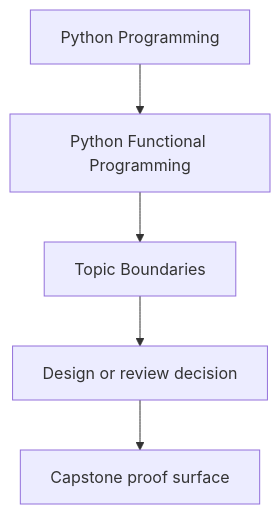
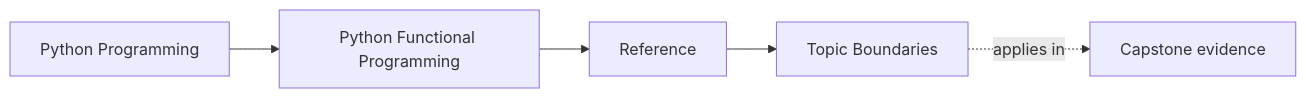
One commit to bijux/bijux-masterclass changed the first of 2 diagrams in programs/python-programming/python-functional-programming/course-book/reference/topic-boundaries.md. Above: the diagram before and after it, drawn with Mermaid. The commit also changed other lines of this file and 108 other files, not shown here.

Commit message:
docs(python-functional-programming): map capstone and advanced design surfaces

````diff
--- a/programs/python-programming/python-functional-programming/course-book/reference/topic-boundaries.md
+++ b/programs/python-programming/python-functional-programming/course-book/reference/topic-boundaries.md
@@ -6,7 +6,11 @@
 ```mermaid
-flowchart TD
-  family["Python Programming"] --> program["Python Functional Programming"]
-  program --> reference["Topic Boundaries"]
-  reference --> review["Design or review decision"]
-  review --> capstone["Capstone proof surface"]
+graph LR
+  family["Python Programming"]
+  program["Python Functional Programming"]
+  section["Reference"]
+  page["Topic Boundaries"]
+  capstone["Capstone evidence"]
+
+  family --> program --> section --> page
+  page -.applies in.-> capstone
 ```
````
